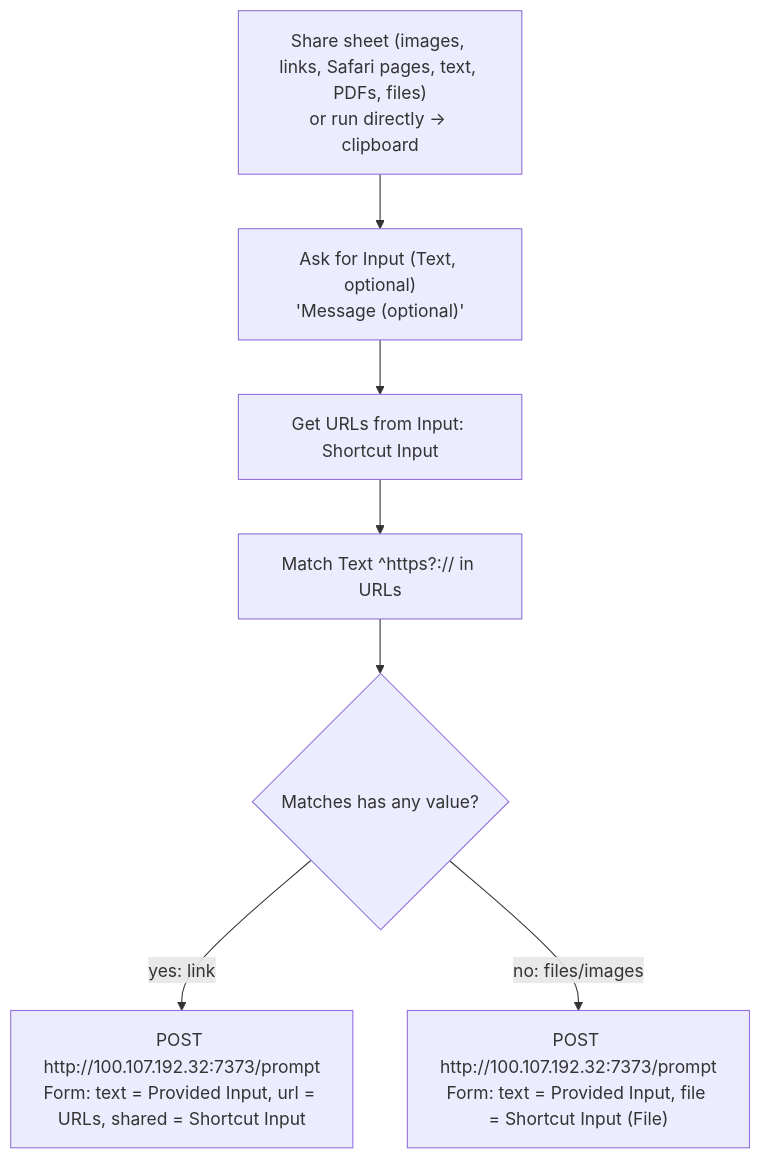
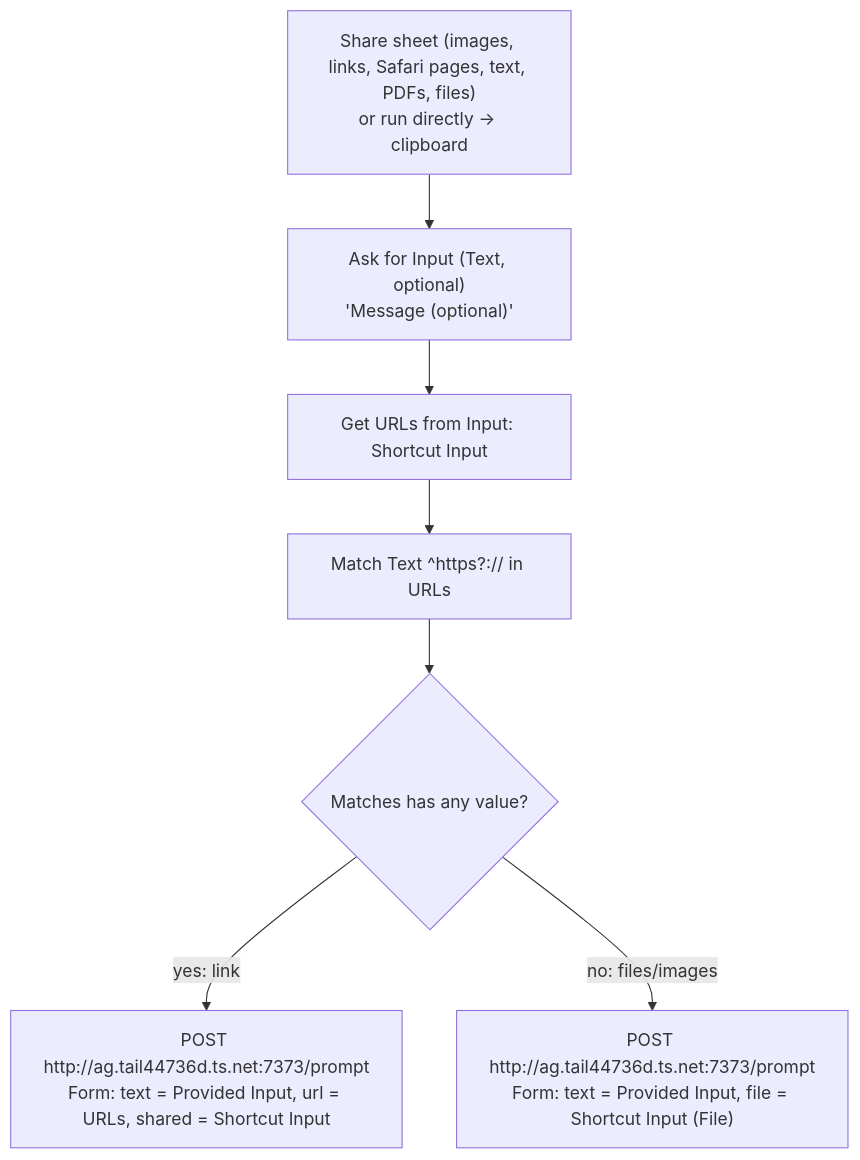
One commit to koerschner/ag changed the diagram in ios-shortcuts/share-to-ag.md. Above: the diagram before and after it, drawn with Mermaid. The commit also changed other lines of this file and 6 other files, not shown here.

Commit message:
iOS Shortcuts point at ag.tail44736d.ts.net (edited via computer use on ag-mac); remove ag-legacy-forward

````diff
--- a/ios-shortcuts/share-to-ag.md
+++ b/ios-shortcuts/share-to-ag.md
@@ -23,9 +23,9 @@
 ```mermaid
 flowchart TD
     A["Share sheet (images, links, Safari pages, text, PDFs, files)<br/>or run directly → clipboard"] --> B["Ask for Input (Text, optional)<br/>'Message (optional)'"]
     B --> C["Get URLs from Input: Shortcut Input"]
     C --> D["Match Text ^https?:// in URLs"]
     D --> E{"Matches has any value?"}
-    E -- "yes: link" --> F["POST http://100.107.192.32:7373/prompt<br/>Form: text = Provided Input, url = URLs, shared = Shortcut Input"]
-    E -- "no: files/images" --> G["POST http://100.107.192.32:7373/prompt<br/>Form: text = Provided Input, file = Shortcut Input (File)"]
+    E -- "yes: link" --> F["POST http://ag.tail44736d.ts.net:7373/prompt<br/>Form: text = Provided Input, url = URLs, shared = Shortcut Input"]
+    E -- "no: files/images" --> G["POST http://ag.tail44736d.ts.net:7373/prompt<br/>Form: text = Provided Input, file = Shortcut Input (File)"]
 ```
````
